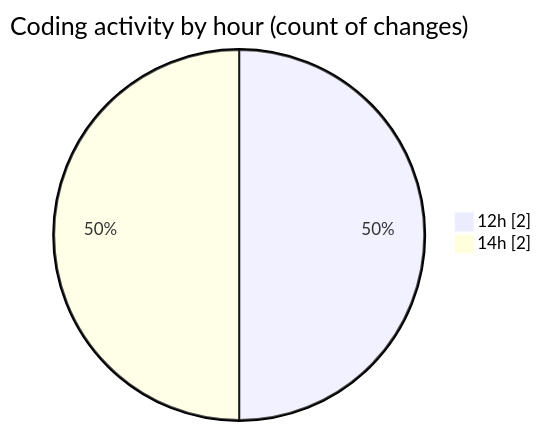
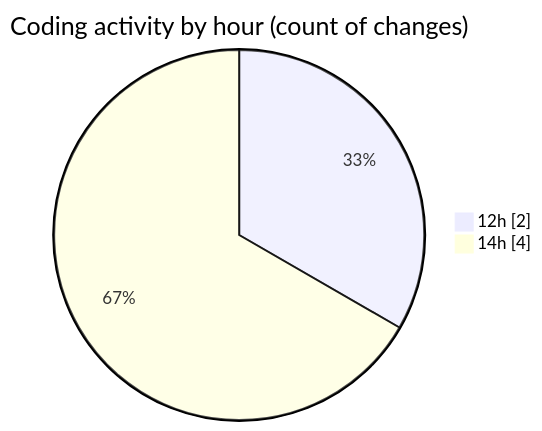
Before and after one commit to debugP/code-tracking: the second of 2 diagrams in 2026-07-22/untitled__workspace_/README.md, drawn with Mermaid. The commit also changed other lines of this file and 1 other file, not shown here.

````diff
--- a/2026-07-22/untitled__workspace_/README.md
+++ b/2026-07-22/untitled__workspace_/README.md
@@ -31,6 +31,6 @@
 ```mermaid
 pie showData
 title Coding activity by hour (count of changes)
 "12h" : 2
-"14h" : 2
+"14h" : 4
 ```
````
